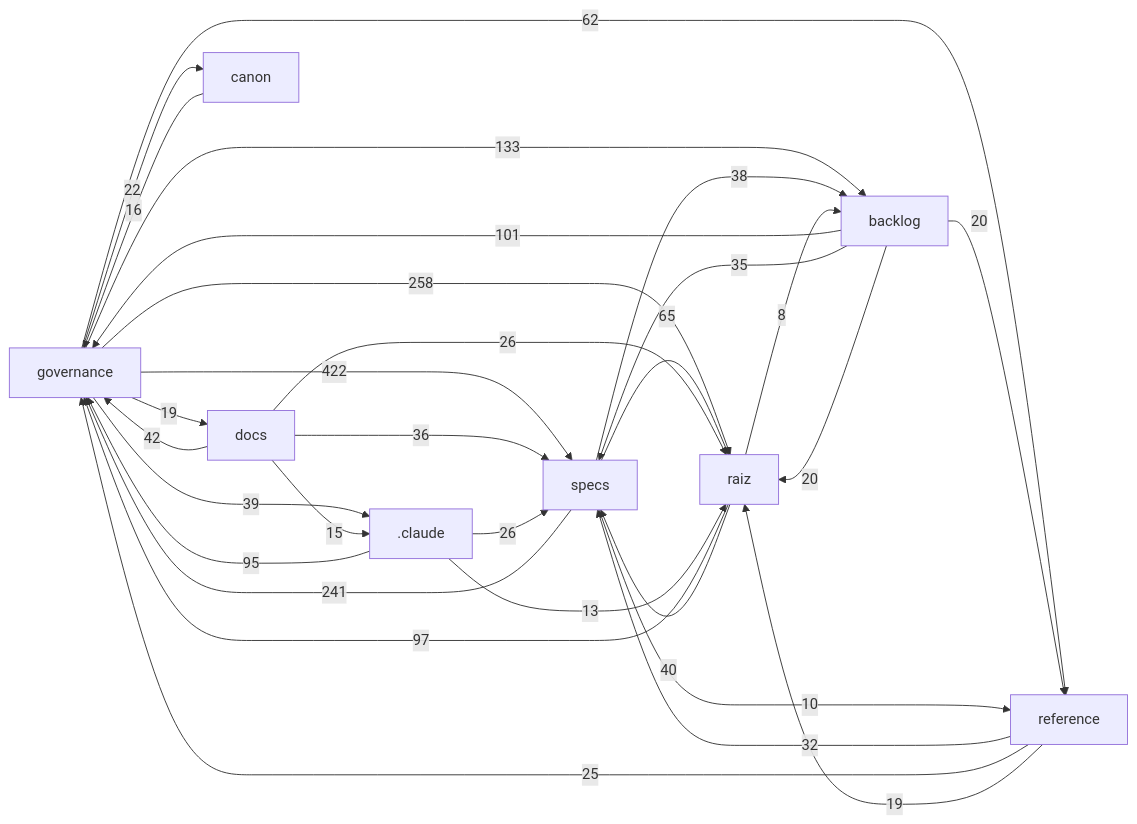
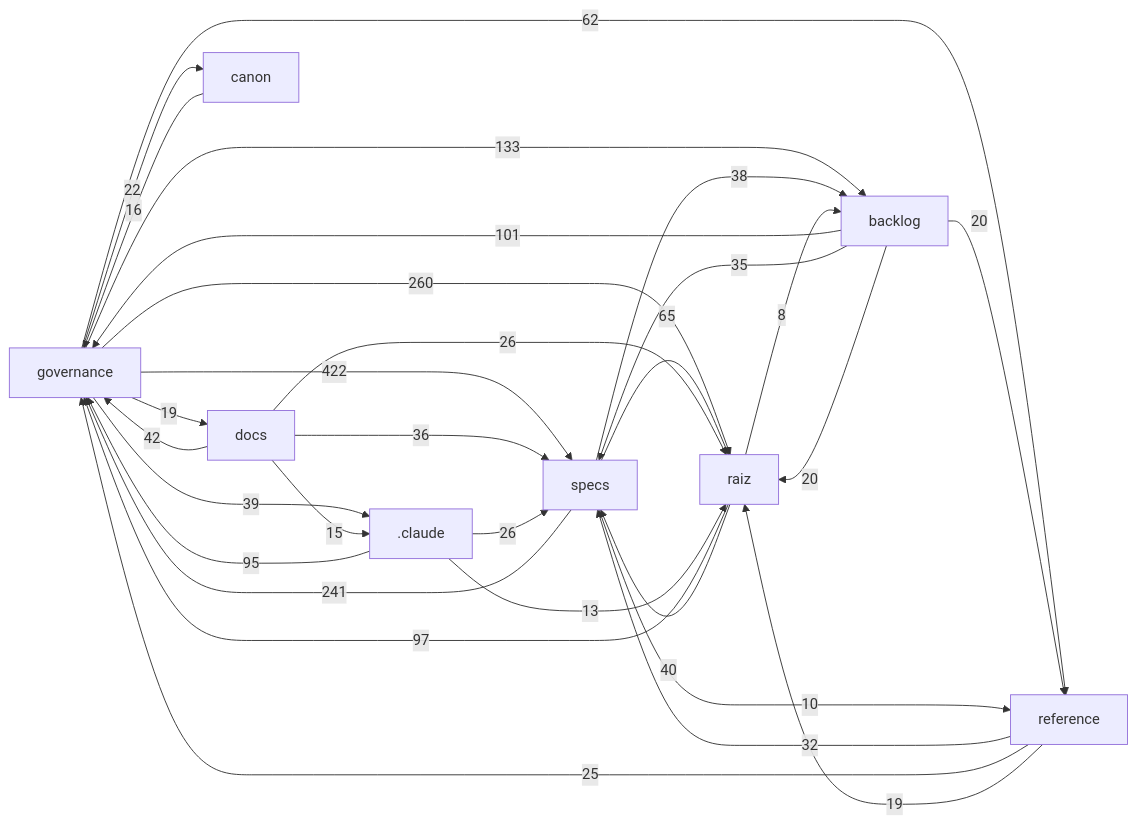
Before and after one commit to Andraus35/Sistema-Operacional-de-Trading--SOT: the diagram in docs/mapa/MAPA-PROJETO.md, drawn with Mermaid. The commit also changed other lines of this file and 4 other files, not shown here.

````diff
--- a/docs/mapa/MAPA-PROJETO.md
+++ b/docs/mapa/MAPA-PROJETO.md
@@ -29,32 +29,32 @@
 ```mermaid
 flowchart LR
   governance["governance"] -->|422| specs["specs"]
-  governance["governance"] -->|258| raiz["raiz"]
+  governance["governance"] -->|260| raiz["raiz"]
   specs["specs"] -->|241| governance["governance"]
   governance["governance"] -->|133| backlog["backlog"]
   backlog["backlog"] -->|101| governance["governance"]
   raiz["raiz"] -->|97| governance["governance"]
   _claude[".claude"] -->|95| governance["governance"]
   specs["specs"] -->|65| raiz["raiz"]
   governance["governance"] -->|62| reference["reference"]
   docs["docs"] -->|42| governance["governance"]
   raiz["raiz"] -->|40| specs["specs"]
   governance["governance"] -->|39| _claude[".claude"]
   specs["specs"] -->|38| backlog["backlog"]
   docs["docs"] -->|36| specs["specs"]
   backlog["backlog"] -->|35| specs["specs"]
   reference["reference"] -->|32| specs["specs"]
   _claude[".claude"] -->|26| specs["specs"]
   docs["docs"] -->|26| raiz["raiz"]
   reference["reference"] -->|25| governance["governance"]
   governance["governance"] -->|22| canon["canon"]
   backlog["backlog"] -->|20| raiz["raiz"]
   backlog["backlog"] -->|20| reference["reference"]
   governance["governance"] -->|19| docs["docs"]
   reference["reference"] -->|19| raiz["raiz"]
   canon["canon"] -->|16| governance["governance"]
   docs["docs"] -->|15| _claude[".claude"]
   _claude[".claude"] -->|13| raiz["raiz"]
   specs["specs"] -->|10| reference["reference"]
   raiz["raiz"] -->|8| backlog["backlog"]
 ```
````
